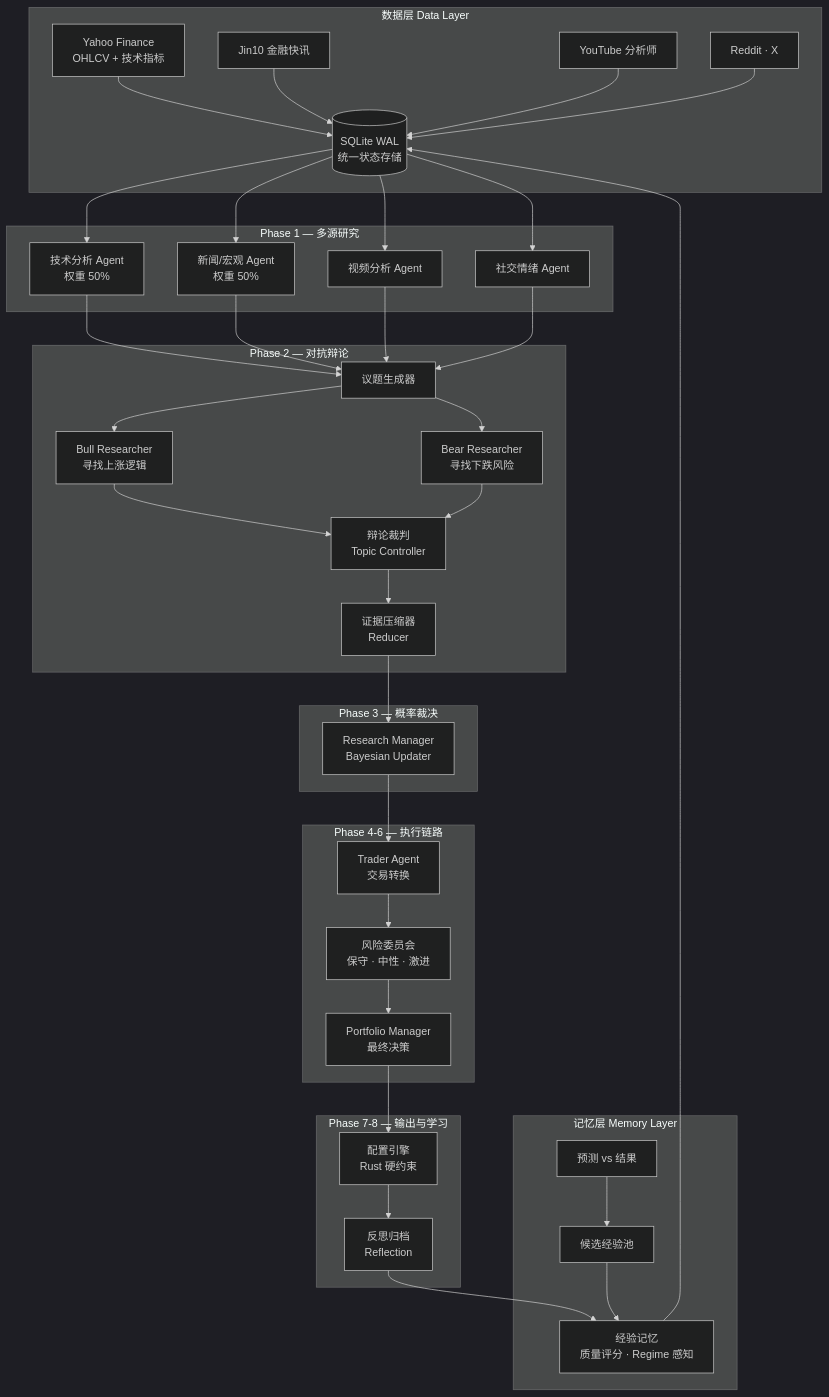
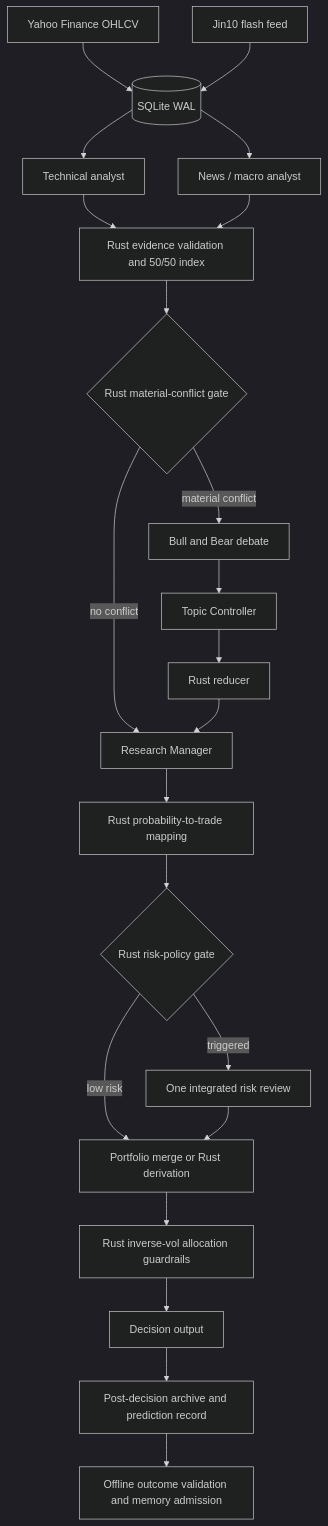
The diagram in README.md (alixeu/akzio-signal-intelligence), drawn with Mermaid (dark theme) before and after one commit. The commit also changed other lines of this file and 81 other files, not shown here.

````diff
--- a/README.md
+++ b/README.md
@@ -82,63 +18,24 @@
 ```mermaid
-graph TD
-    subgraph "数据层 Data Layer"
-        YAHOO[Yahoo Finance<br/>OHLCV + 技术指标]
-        JIN10[Jin10 金融快讯]
-        YT[YouTube 分析师]
-        SOCIAL[Reddit · X]
-        SQL[(SQLite WAL<br/>统一状态存储)]
-    end
-
-    subgraph "Phase 1 — 多源研究"
-        TA[技术分析 Agent<br/>权重 50%]
-        NA[新闻/宏观 Agent<br/>权重 50%]
-        YA[视频分析 Agent]
-        SA[社交情绪 Agent]
-    end
-
-    subgraph "Phase 2 — 对抗辩论"
-        TG[议题生成器]
-        BULL[Bull Researcher<br/>寻找上涨逻辑]
-        BEAR[Bear Researcher<br/>寻找下跌风险]
-        TC[辩论裁判<br/>Topic Controller]
-        RED[证据压缩器<br/>Reducer]
-    end
-
-    subgraph "Phase 3 — 概率裁决"
-        RM[Research Manager<br/>Bayesian Updater]
-    end
-
-    subgraph "Phase 4-6 — 执行链路"
-        TR[Trader Agent<br/>交易转换]
-        RISK[风险委员会<br/>保守 · 中性 · 激进]
-        PM[Portfolio Manager<br/>最终决策]
-    end
-
-    subgraph "Phase 7-8 — 输出与学习"
-        ALLOC[配置引擎<br/>Rust 硬约束]
-        REF[反思归档<br/>Reflection]
-    end
-
-    subgraph "记忆层 Memory Layer"
-        MEM[经验记忆<br/>质量评分 · Regime 感知]
-        CAND[候选经验池]
-        OUT[预测 vs 结果]
-    end
-
-    YAHOO & JIN10 & YT & SOCIAL --> SQL
-    SQL --> TA & NA & YA & SA
-    TA & NA & YA & SA --> TG
-    TG --> BULL & BEAR
-    BULL & BEAR --> TC
-    TC --> RED
-    RED --> RM
-    RM --> TR
-    TR --> RISK
-    RISK --> PM
-    PM --> ALLOC
-    ALLOC --> REF
-    REF --> MEM
-    OUT --> CAND
-    CAND --> MEM
-    MEM --> SQL
+flowchart TD
+    Y[Yahoo Finance OHLCV] --> DB[(SQLite WAL)]
+    J[Jin10 flash feed] --> DB
+    DB --> T[Technical analyst]
+    DB --> N[News / macro analyst]
+    T --> I[Rust evidence validation and 50/50 index]
+    N --> I
+    I --> C{Rust material-conflict gate}
+    C -->|no conflict| M[Research Manager]
+    C -->|material conflict| B[Bull and Bear debate]
+    B --> TC[Topic Controller]
+    TC --> R[Rust reducer]
+    R --> M
+    M --> TR[Rust probability-to-trade mapping]
+    TR --> G{Rust risk-policy gate}
+    G -->|low risk| P[Portfolio merge or Rust derivation]
+    G -->|triggered| RA[One integrated risk review]
+    RA --> P
+    P --> A[Rust inverse-vol allocation guardrails]
+    A --> O[Decision output]
+    O --> REF[Post-decision archive and prediction record]
+    REF --> MEM[Offline outcome validation and memory admission]
 ```
````
